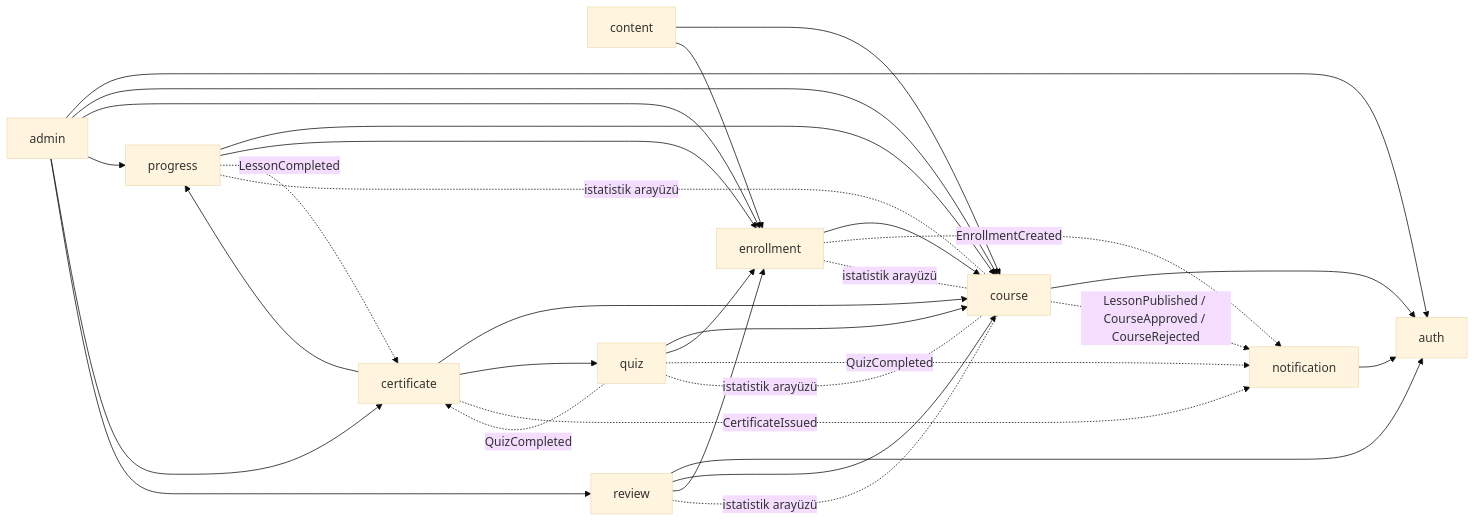
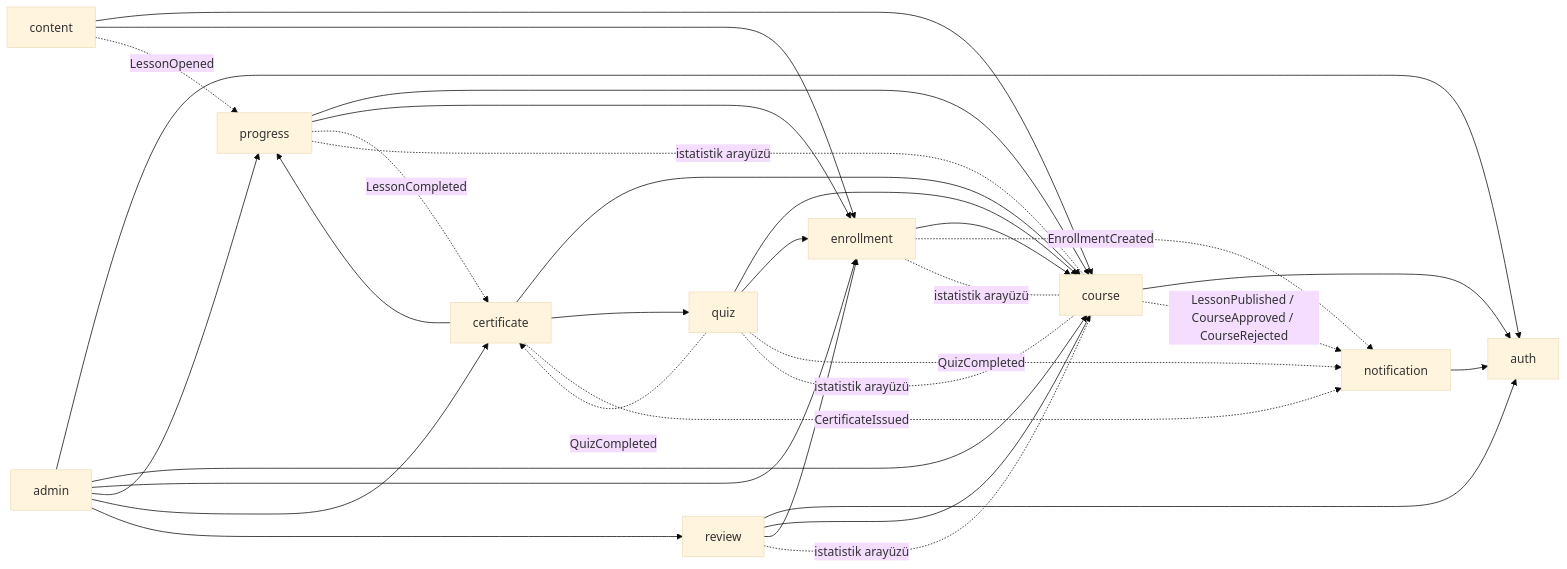
The second of 2 diagrams in docs/architecture.md (Bertanokt/mini-udemy), drawn with Mermaid (base theme) before and after one commit. The commit also changed other lines of this file and 23 other files, not shown here.

````diff
--- a/docs/architecture.md
+++ b/docs/architecture.md
@@ -215,37 +218,38 @@
 ```mermaid
 flowchart LR
   auth
   course --> auth
   enrollment --> course
   content --> course
   content --> enrollment
   progress --> course
   progress --> enrollment
   quiz --> course
   quiz --> enrollment
   certificate --> course
   certificate --> progress
   certificate --> quiz
   review --> auth
   review --> course
   review --> enrollment
   notification --> auth
   admin --> auth
   admin --> course
   admin --> enrollment
   admin --> progress
   admin --> certificate
   admin --> review
 
   enrollment -. EnrollmentCreated .-> notification
   course -. LessonPublished / CourseApproved / CourseRejected .-> notification
+  content -. LessonOpened .-> progress
   progress -. LessonCompleted .-> certificate
   quiz -. QuizCompleted .-> certificate
   quiz -. QuizCompleted .-> notification
   certificate -. CertificateIssued .-> notification
 
   enrollment -.-|istatistik arayüzü| course
   progress -.-|istatistik arayüzü| course
   quiz -.-|istatistik arayüzü| course
   review -.-|istatistik arayüzü| course
 ```
````
